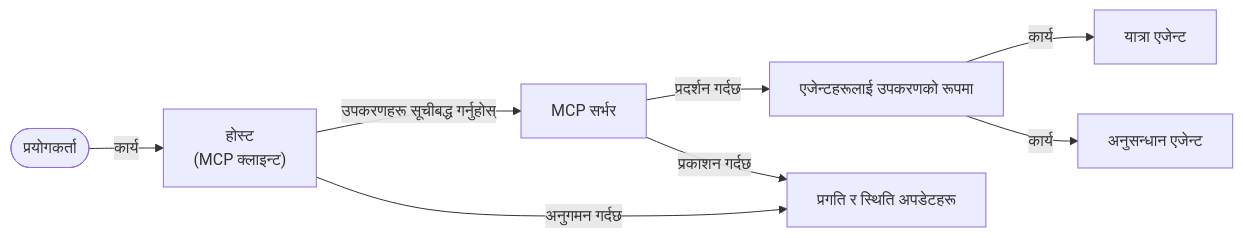
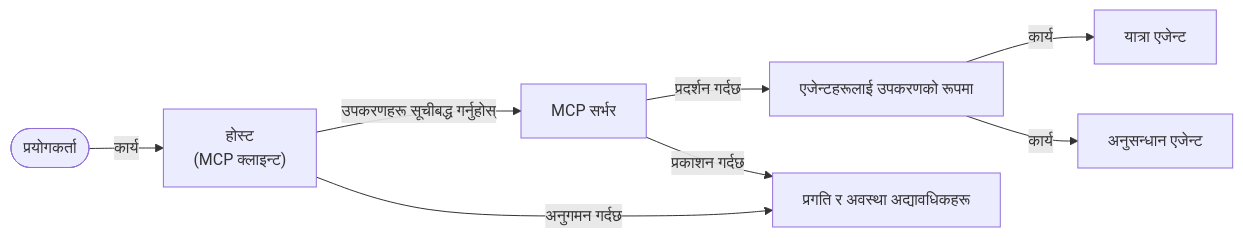
The fifth of 5 diagrams in mirrors/repos/microsoft@ai-agents-for-beginners/translations/ne/11-agentic-protocols/code_samples/mcp-agents/README.md (gabrielmoreira/agent-skills-mirror), drawn with Mermaid before and after one commit. The commit also changed other lines of this file and 4262 other files, not shown here.

````diff
--- a/mirrors/repos/microsoft@ai-agents-for-beginners/translations/ne/11-agentic-protocols/code_samples/mcp-agents/README.md
+++ b/mirrors/repos/microsoft@ai-agents-for-beginners/translations/ne/11-agentic-protocols/code_samples/mcp-agents/README.md
@@ -433,15 +448,15 @@
 ```mermaid
 graph LR
     User([प्रयोगकर्ता]) -->|"कार्य"| Host["होस्ट<br/>(MCP क्लाइन्ट)"]
     Host -->|उपकरणहरू सूचीबद्ध गर्नुहोस्| Server[MCP सर्भर]
     Server -->|प्रदर्शन गर्दछ| AgentsTools[एजेन्टहरूलाई उपकरणको रूपमा]
     AgentsTools -->|कार्य| AgentA[यात्रा एजेन्ट]
     AgentsTools -->|कार्य| AgentB[अनुसन्धान एजेन्ट]
 
-    Host -->|अनुगमन गर्दछ| StateUpdates[प्रगति र स्थिति अपडेटहरू]
+    Host -->|अनुगमन गर्दछ| StateUpdates[प्रगति र अवस्था अद्यावधिकहरू]
     Server -->|प्रकाशन गर्दछ| StateUpdates
 
     class User user;
     class AgentA,AgentB agent;
     class Host,Server,StateUpdates core;
 ```
````
